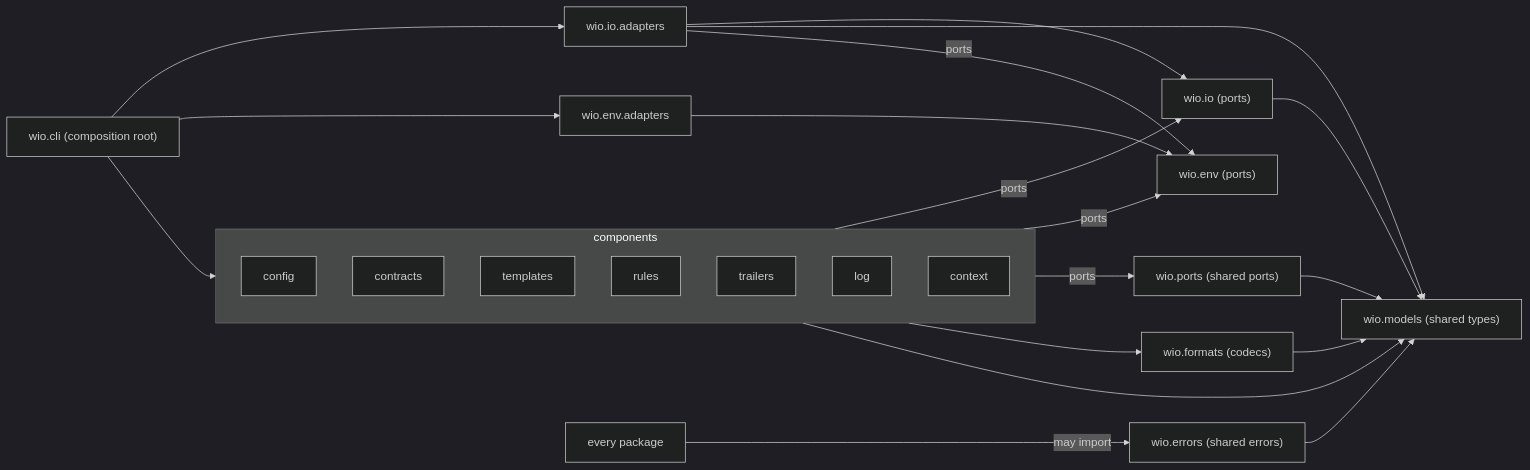
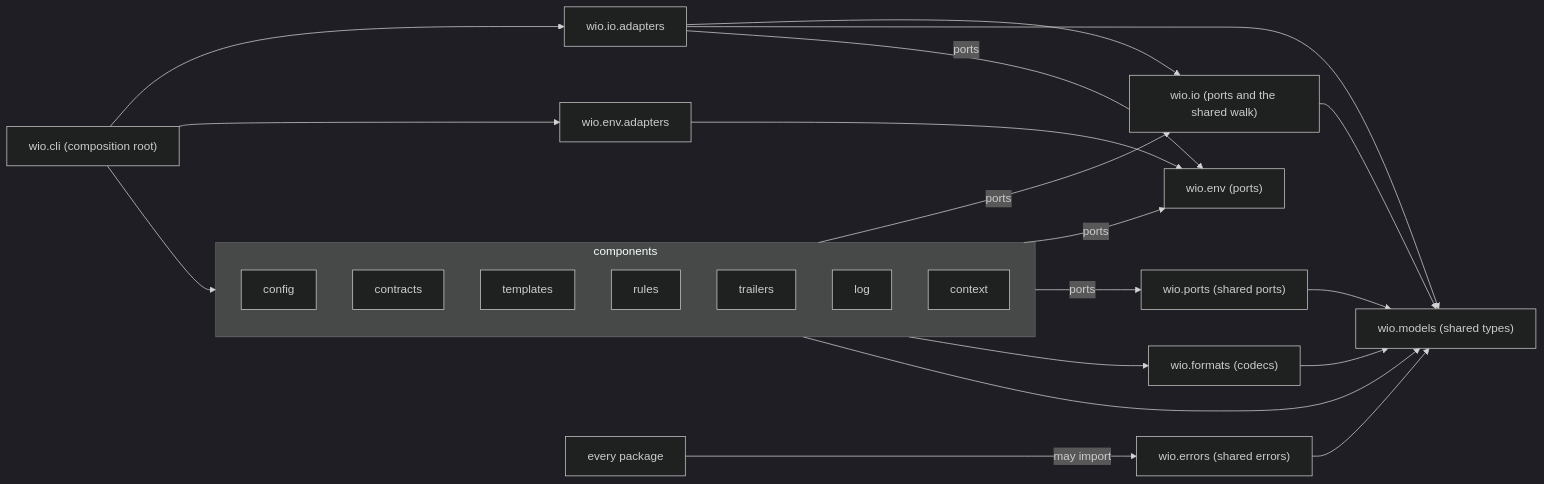
Before and after one commit to msitarz/wio: the diagram in src/wio/README.md, drawn with Mermaid (dark theme). The commit also changed other lines of this file and 34 other files, not shown here.

````diff
--- a/src/wio/README.md
+++ b/src/wio/README.md
@@ -27,39 +27,39 @@
 ```mermaid
 flowchart LR
     cli["wio.cli (composition root)"]
     subgraph components
         config
         contracts
         templates
         rules
         trailers
         log
         context
     end
     ioadapters["wio.io.adapters"]
-    io["wio.io (ports)"]
+    io["wio.io (ports and the shared walk)"]
     envadapters["wio.env.adapters"]
     env["wio.env (ports)"]
     sharedports["wio.ports (shared ports)"]
     formats["wio.formats (codecs)"]
     models["wio.models (shared types)"]
     errors["wio.errors (shared errors)"]
     every["every package"]
     every -- "may import" --> errors
     errors --> models
     cli --> components
     cli --> ioadapters
     cli --> envadapters
     ioadapters --> io
     ioadapters --> models
     ioadapters -- "ports" --> env
     envadapters --> env
     components -- "ports" --> io
     components -- "ports" --> env
     components -- "ports" --> sharedports
     components --> formats
     components --> models
     formats --> models
     io --> models
     sharedports --> models
 ```
````
